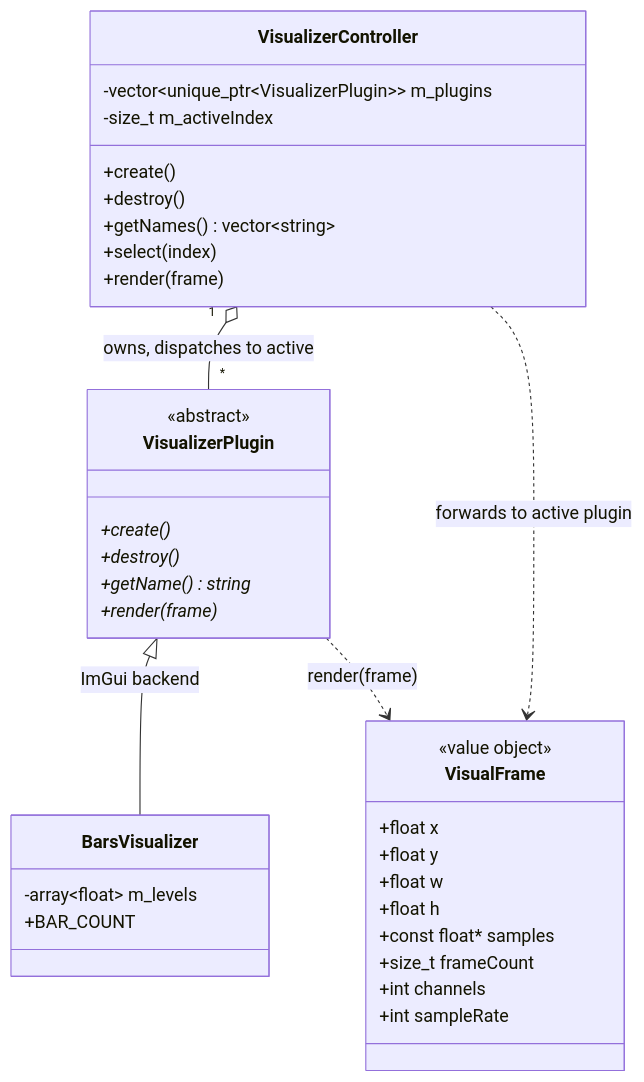
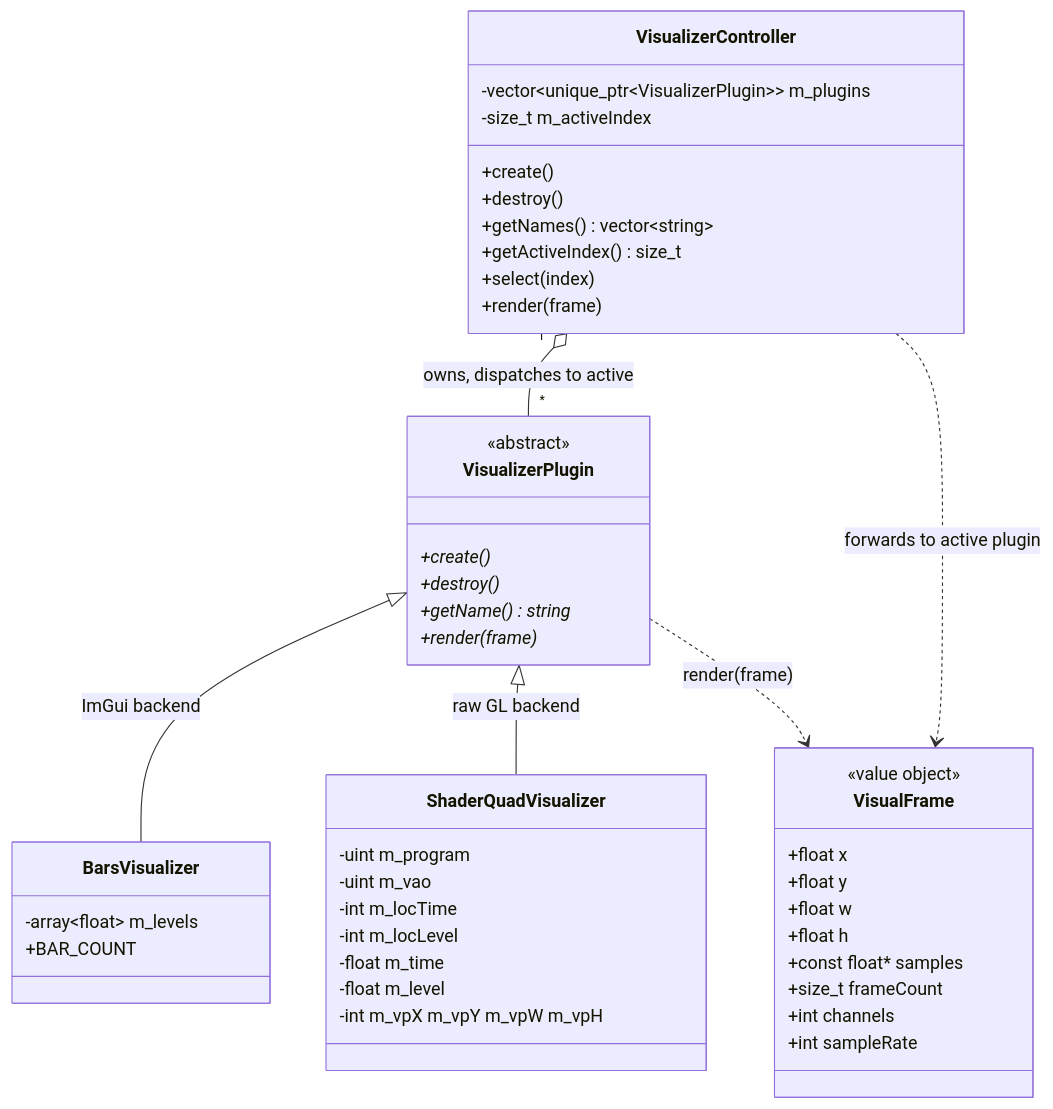
The diagram in docs/visualization.md (notnotme/osp2), drawn with Mermaid before and after one commit. The commit also changed other lines of this file and 13 other files, not shown here.

````diff
--- a/docs/visualization.md
+++ b/docs/visualization.md
@@ -5,42 +5,54 @@
 ```mermaid
 classDiagram
     class VisualFrame {
         <<value object>>
         +float x
         +float y
         +float w
         +float h
         +const float* samples
         +size_t frameCount
         +int channels
         +int sampleRate
     }
 
     class VisualizerPlugin {
         <<abstract>>
         +create()*
         +destroy()*
         +getName()* string
         +render(frame)*
     }
 
     class BarsVisualizer {
         -array~float~ m_levels
         +BAR_COUNT
     }
 
+    class ShaderQuadVisualizer {
+        -uint m_program
+        -uint m_vao
+        -int m_locTime
+        -int m_locLevel
+        -float m_time
+        -float m_level
+        -int m_vpX m_vpY m_vpW m_vpH
+    }
+
     class VisualizerController {
         -vector~unique_ptr~VisualizerPlugin~~ m_plugins
         -size_t m_activeIndex
         +create()
         +destroy()
         +getNames() vector~string~
+        +getActiveIndex() size_t
         +select(index)
         +render(frame)
     }
 
     VisualizerController "1" o-- "*" VisualizerPlugin : owns, dispatches to active
     VisualizerPlugin <|-- BarsVisualizer : ImGui backend
+    VisualizerPlugin <|-- ShaderQuadVisualizer : raw GL backend
     VisualizerPlugin ..> VisualFrame : render(frame)
     VisualizerController ..> VisualFrame : forwards to active plugin
 ```
````
